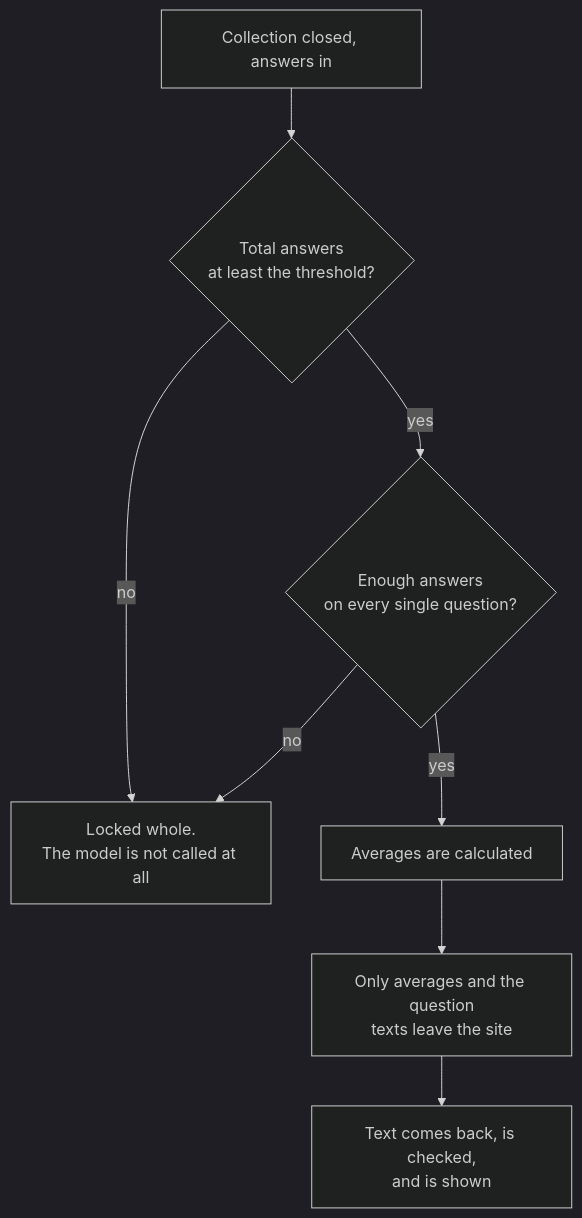
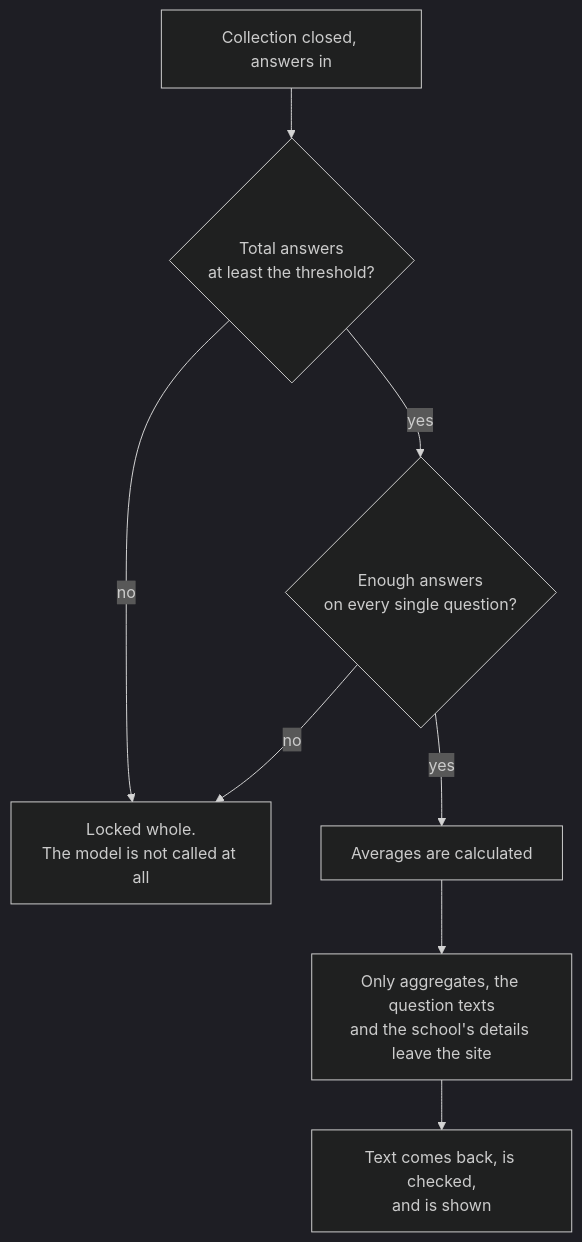
Before and after one commit to shteynu/shalomut-map-demo: the fourth of 5 diagrams in docs/platform-handbook.md, drawn with Mermaid (dark theme). The commit also changed other lines of this file and 4 other files, not shown here.

````diff
--- a/docs/platform-handbook.md
+++ b/docs/platform-handbook.md
@@ -209,10 +220,10 @@
 ```mermaid
 flowchart TD
     S["Collection closed, answers in"] --> A{"Total answers<br/>at least the threshold?"}
     A -->|no| L["Locked whole.<br/>The model is not called at all"]
     A -->|yes| B{"Enough answers<br/>on every single question?"}
     B -->|no| L
     B -->|yes| C["Averages are calculated"]
-    C --> D["Only averages and the question<br/>texts leave the site"]
+    C --> D["Only aggregates, the question texts<br/>and the school's details leave the site"]
     D --> E["Text comes back, is checked,<br/>and is shown"]
 ```
````
